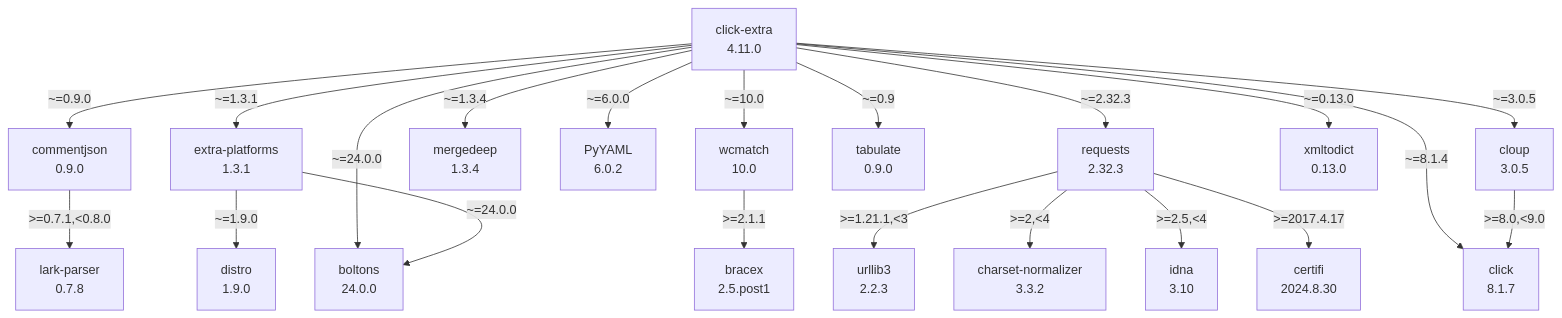
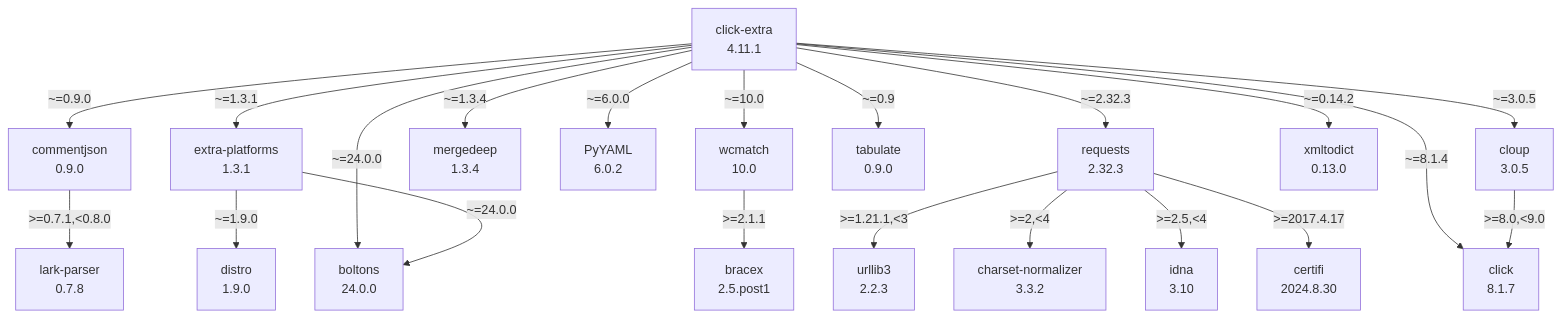
The diagram in docs/assets/dependencies.mmd (kdeldycke/click-extra), drawn with Mermaid before and after one commit.

Commit message:
[autofix] Regenerate dependency graph

```diff
--- a/docs/assets/dependencies.mmd
+++ b/docs/assets/dependencies.mmd
@@ -1,41 +1,41 @@
 flowchart TD
     classDef missing stroke-dasharray: 5
     boltons["boltons\n24.0.0"]
     bracex["bracex\n2.5.post1"]
     certifi["certifi\n2024.8.30"]
     charset-normalizer["charset-normalizer\n3.3.2"]
-    click-extra["click-extra\n4.11.0"]
+    click-extra["click-extra\n4.11.1"]
     click_0["click\n8.1.7"]
     cloup["cloup\n3.0.5"]
     commentjson["commentjson\n0.9.0"]
     distro["distro\n1.9.0"]
     extra-platforms["extra-platforms\n1.3.1"]
     idna["idna\n3.10"]
     lark-parser["lark-parser\n0.7.8"]
     mergedeep["mergedeep\n1.3.4"]
     pyyaml["PyYAML\n6.0.2"]
     requests["requests\n2.32.3"]
     tabulate["tabulate\n0.9.0"]
     urllib3["urllib3\n2.2.3"]
     wcmatch["wcmatch\n10.0"]
     xmltodict["xmltodict\n0.13.0"]
-    click-extra -- "~=0.13.0" --> xmltodict
+    click-extra -- "~=0.14.2" --> xmltodict
     click-extra -- "~=0.9" --> tabulate
     click-extra -- "~=0.9.0" --> commentjson
     click-extra -- "~=1.3.1" --> extra-platforms
     click-extra -- "~=1.3.4" --> mergedeep
     click-extra -- "~=10.0" --> wcmatch
     click-extra -- "~=2.32.3" --> requests
     click-extra -- "~=24.0.0" --> boltons
     click-extra -- "~=3.0.5" --> cloup
     click-extra -- "~=6.0.0" --> pyyaml
     click-extra -- "~=8.1.4" --> click_0
     cloup -- ">=8.0,<9.0" --> click_0
     commentjson -- ">=0.7.1,<0.8.0" --> lark-parser
     extra-platforms -- "~=1.9.0" --> distro
     extra-platforms -- "~=24.0.0" --> boltons
     requests -- ">=1.21.1,<3" --> urllib3
     requests -- ">=2,<4" --> charset-normalizer
     requests -- ">=2.5,<4" --> idna
     requests -- ">=2017.4.17" --> certifi
     wcmatch -- ">=2.1.1" --> bracex
```
